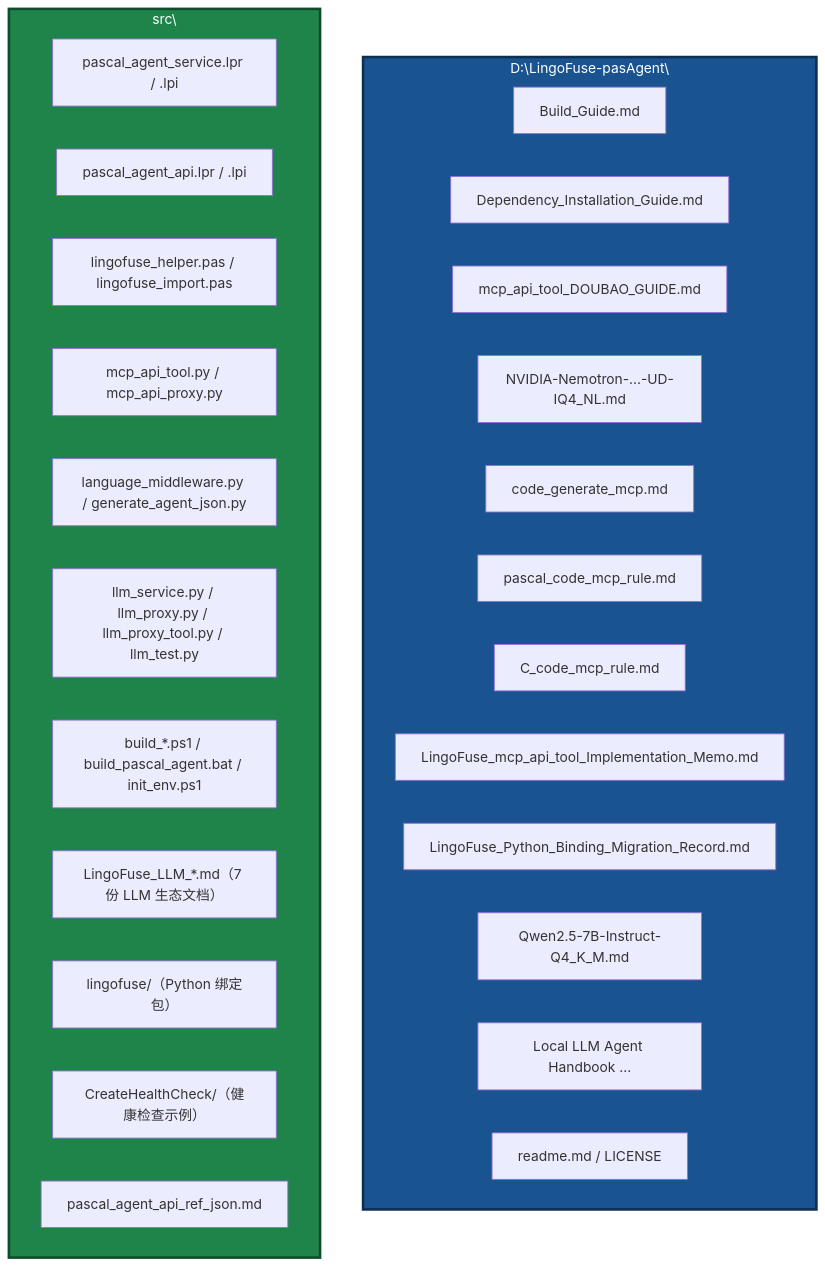
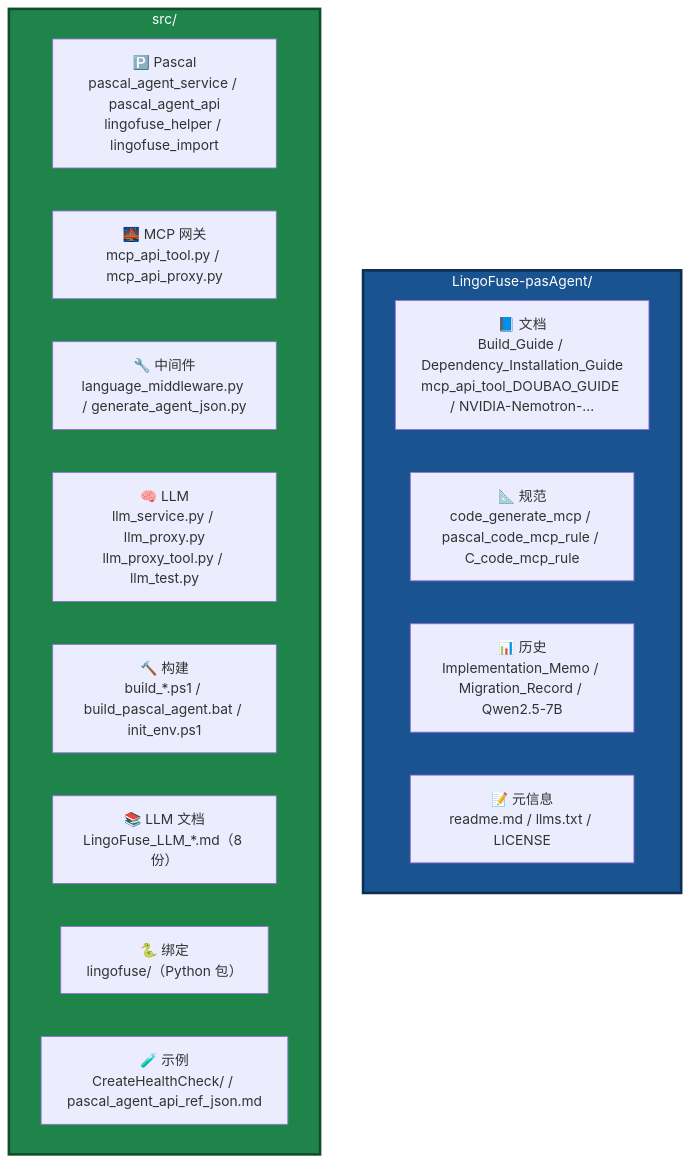
The ninth of 9 diagrams in readme.md (PassByYou888/LingoFuse-pasAgent), drawn with Mermaid before and after one commit. The commit also changed other lines of this file, not shown here.

````diff
--- a/readme.md
+++ b/readme.md
@@ -344,34 +256,23 @@
 ```mermaid
 flowchart TB
-    subgraph Root["D:\LingoFuse-pasAgent\"]
-        R1["Build_Guide.md"]
-        R2["Dependency_Installation_Guide.md"]
-        R3["mcp_api_tool_DOUBAO_GUIDE.md"]
-        R4["NVIDIA-Nemotron-...-UD-IQ4_NL.md"]
-        R5["code_generate_mcp.md"]
-        R6["pascal_code_mcp_rule.md"]
-        R7["C_code_mcp_rule.md"]
-        R8["LingoFuse_mcp_api_tool_Implementation_Memo.md"]
-        R9["LingoFuse_Python_Binding_Migration_Record.md"]
-        R10["Qwen2.5-7B-Instruct-Q4_K_M.md"]
-        R11["Local LLM Agent Handbook ..."]
-        R12["readme.md / LICENSE"]
+    subgraph Root["LingoFuse-pasAgent/"]
+        R1["📘 文档<br/>Build_Guide / Dependency_Installation_Guide<br/>mcp_api_tool_DOUBAO_GUIDE / NVIDIA-Nemotron-..."]
+        R2["📐 规范<br/>code_generate_mcp / pascal_code_mcp_rule / C_code_mcp_rule"]
+        R3["📊 历史<br/>Implementation_Memo / Migration_Record / Qwen2.5-7B"]
+        R4["📝 元信息<br/>readme.md / llms.txt / LICENSE"]
     end
 
-    subgraph Src["src\"]
-        S1["pascal_agent_service.lpr / .lpi"]
-        S2["pascal_agent_api.lpr / .lpi"]
-        S3["lingofuse_helper.pas / lingofuse_import.pas"]
-        S4["mcp_api_tool.py / mcp_api_proxy.py"]
-        S5["language_middleware.py / generate_agent_json.py"]
-        S6["llm_service.py / llm_proxy.py / llm_proxy_tool.py / llm_test.py"]
-        S7["build_*.ps1 / build_pascal_agent.bat / init_env.ps1"]
-        S8["LingoFuse_LLM_*.md（7 份 LLM 生态文档）"]
-        S9["lingofuse/（Python 绑定包）"]
-        S10["CreateHealthCheck/（健康检查示例）"]
-        S11["pascal_agent_api_ref_json.md"]
+    subgraph Src["src/"]
+        S1["🅿️ Pascal<br/>pascal_agent_service / pascal_agent_api<br/>lingofuse_helper / lingofuse_import"]
+        S2["🌉 MCP 网关<br/>mcp_api_tool.py / mcp_api_proxy.py"]
+        S3["🔧 中间件<br/>language_middleware.py / generate_agent_json.py"]
+        S4["🧠 LLM<br/>llm_service.py / llm_proxy.py<br/>llm_proxy_tool.py / llm_test.py"]
+        S5["🔨 构建<br/>build_*.ps1 / build_pascal_agent.bat / init_env.ps1"]
+        S6["📚 LLM 文档<br/>LingoFuse_LLM_*.md（8 份）"]
+        S7["🐍 绑定<br/>lingofuse/（Python 包）"]
+        S8["🧪 示例<br/>CreateHealthCheck/ / pascal_agent_api_ref_json.md"]
     end
 
     style Root fill:#1A5490,stroke:#0D2F52,stroke-width:3px,color:#FFFFFF
     style Src fill:#1E8449,stroke:#0E4D2A,stroke-width:3px,color:#FFFFFF
 ```
````
